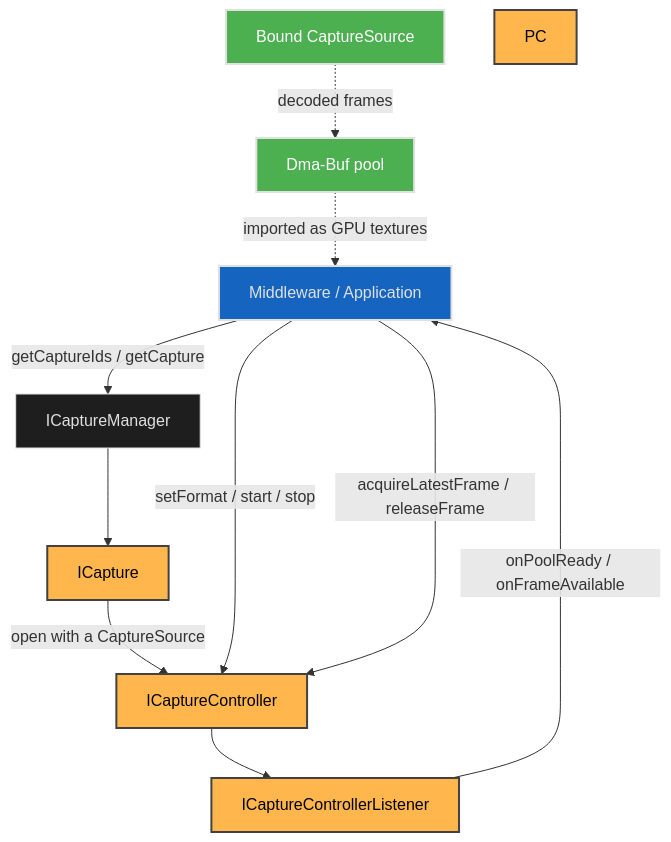
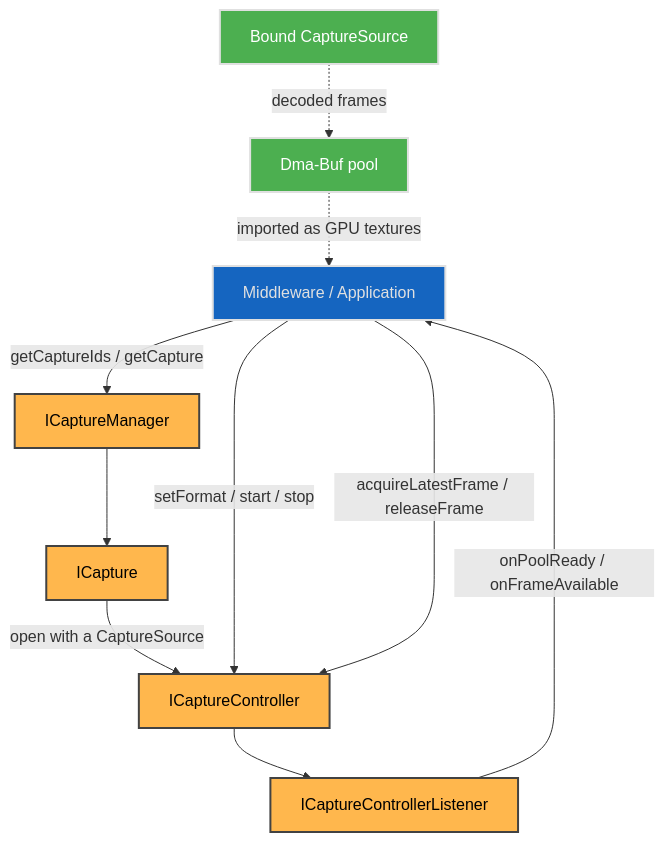
One commit to rdkcentral/rdk-halif-aidl changed the second of 5 diagrams in capture/current/docs/capture_interface.md. Above: the diagram before and after it, drawn with Mermaid. The commit also changed other lines of this file and 3 other files, not shown here.

````diff
--- a/capture/current/docs/capture_interface.md
+++ b/capture/current/docs/capture_interface.md
@@ -170,33 +170,33 @@
 ```mermaid
 flowchart TD
     Client[Middleware / Application]
     MGR[ICaptureManager]
     CAP[ICapture]
     CTRL[ICaptureController]
     L[ICaptureControllerListener]
     POOL[Dma-Buf pool]
     DEC[Bound CaptureSource]
 
     Client -->|getCaptureIds / getCapture| MGR
     MGR --> CAP
     CAP -->|open with a CaptureSource| CTRL
     Client -->|setFormat / start / stop| CTRL
     Client -->|acquireLatestFrame / releaseFrame| CTRL
     CTRL --> L
     L -->|onPoolReady / onFrameAvailable| Client
     DEC -.->|decoded frames| POOL
     POOL -.->|imported as GPU textures| Client
 
     classDef blue fill:#1565C0,stroke:#E0E0E0,stroke-width:2px,color:#E0E0E0;
     classDef wheat fill:#FFB74D,stroke:#424242,stroke-width:2px,color:#000000;
     classDef green fill:#4CAF50,stroke:#E0E0E0,stroke-width:2px,color:#FFFFFF;
     classDef default fill:#1E1E1E,stroke:#E0E0E0,stroke-width:1px,color:#E0E0E0;
 
     Client:::blue
-    PC:::wheat
+    MGR:::wheat
     CAP:::wheat
     CTRL:::wheat
     L:::wheat
     POOL:::green
     DEC:::green
 ```
````
